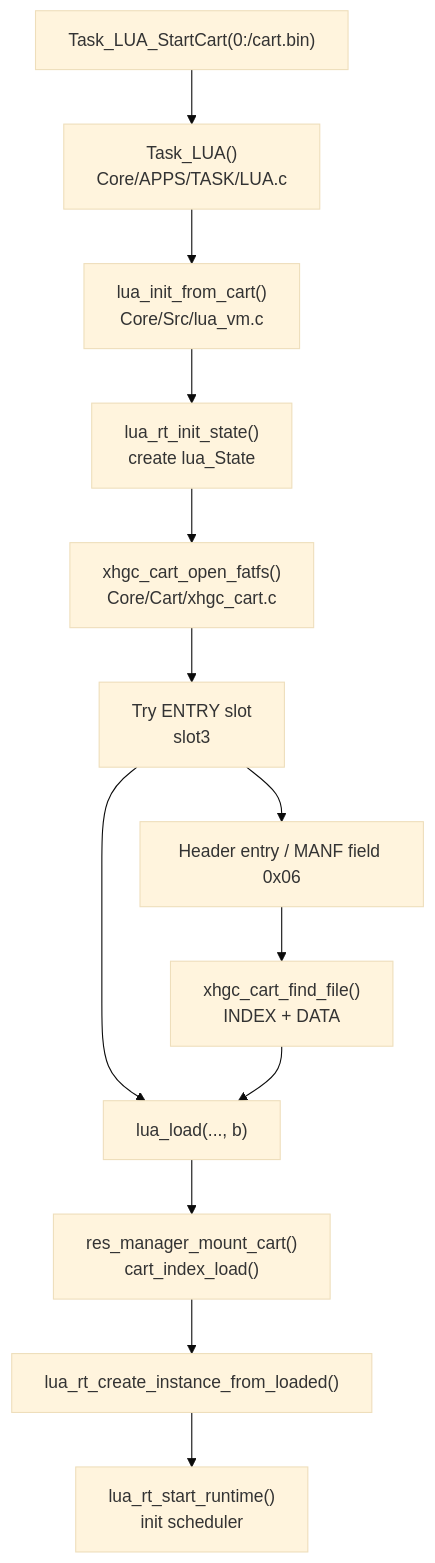
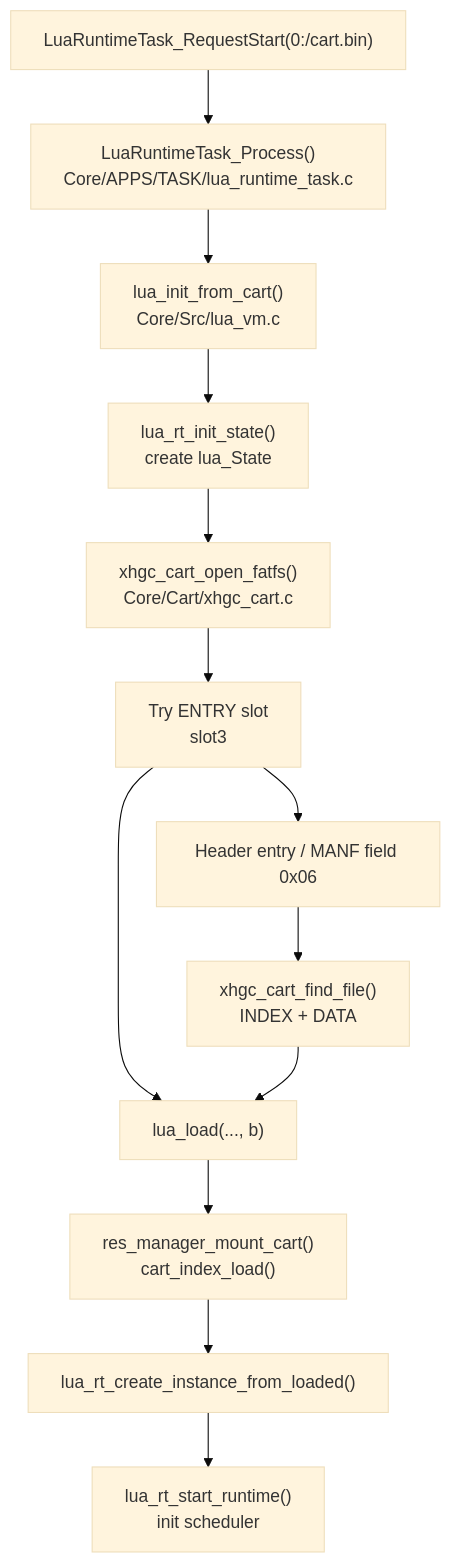
Before and after one commit to ExMikuPro/cartdesk-os: the fourth of 7 diagrams in Docs/architecture.md, drawn with Mermaid (base theme). The commit also changed other lines of this file and 29 other files, not shown here.

````diff
--- a/Docs/architecture.md
+++ b/Docs/architecture.md
@@ -404,20 +413,20 @@
 ```mermaid
 flowchart TD
-    Start["Task_LUA_StartCart(0:/cart.bin)"]
-    Gate["Task_LUA()\nCore/APPS/TASK/LUA.c"]
+    Start["LuaRuntimeTask_RequestStart(0:/cart.bin)"]
+    Gate["LuaRuntimeTask_Process()\nCore/APPS/TASK/lua_runtime_task.c"]
     Init["lua_init_from_cart()\nCore/Src/lua_vm.c"]
     State["lua_rt_init_state()\ncreate lua_State"]
     Open["xhgc_cart_open_fatfs()\nCore/Cart/xhgc_cart.c"]
     EntrySlot["Try ENTRY slot\nslot3"]
     EntryPath["Header entry / MANF field 0x06"]
     Index["xhgc_cart_find_file()\nINDEX + DATA"]
     Load["lua_load(..., b)"]
     Mount["res_manager_mount_cart()\ncart_index_load()"]
     Instance["lua_rt_create_instance_from_loaded()"]
     Runtime["lua_rt_start_runtime()\ninit scheduler"]
 
     Start --> Gate --> Init --> State --> Open --> EntrySlot
     EntrySlot --> Load
     EntrySlot --> EntryPath --> Index --> Load
     Load --> Mount --> Instance --> Runtime
 ```
````
